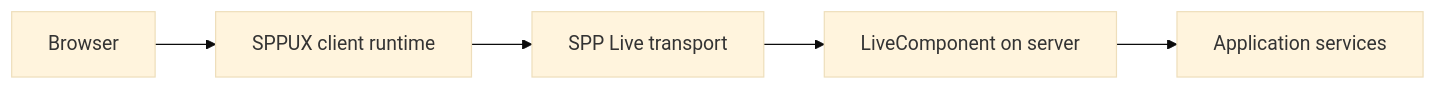
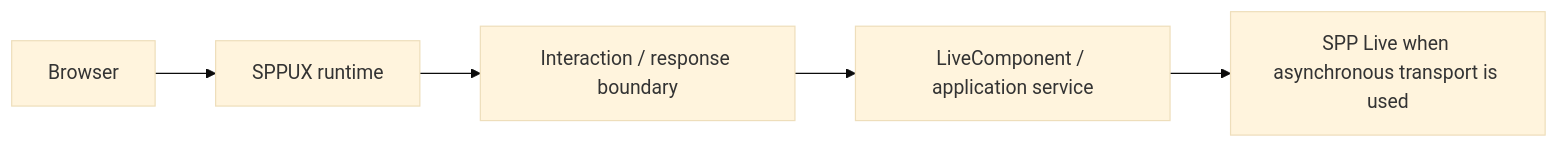
Before and after one commit to shuklasp/spp: the ninth of 9 diagrams in documentation/handbook/21-enterprise-architecture-and-deployment.md, drawn with Mermaid (base theme). The commit also changed other lines of this file, not shown here.

Commit message:
docs: reconcile enterprise architecture boundaries

````diff
--- a/documentation/handbook/21-enterprise-architecture-and-deployment.md
+++ b/documentation/handbook/21-enterprise-architecture-and-deployment.md
@@ -293,7 +220,7 @@
 ```mermaid
 flowchart LR
-    A[Browser] --> B[SPPUX client runtime]
-    B --> C[SPP Live transport]
-    C --> D[LiveComponent on server]
-    D --> E[Application services]
+    B[Browser] --> U[SPPUX runtime]
+    U --> A[Interaction / response boundary]
+    A --> LC[LiveComponent / application service]
+    LC --> T[SPP Live when asynchronous transport is used]
 ```
````
